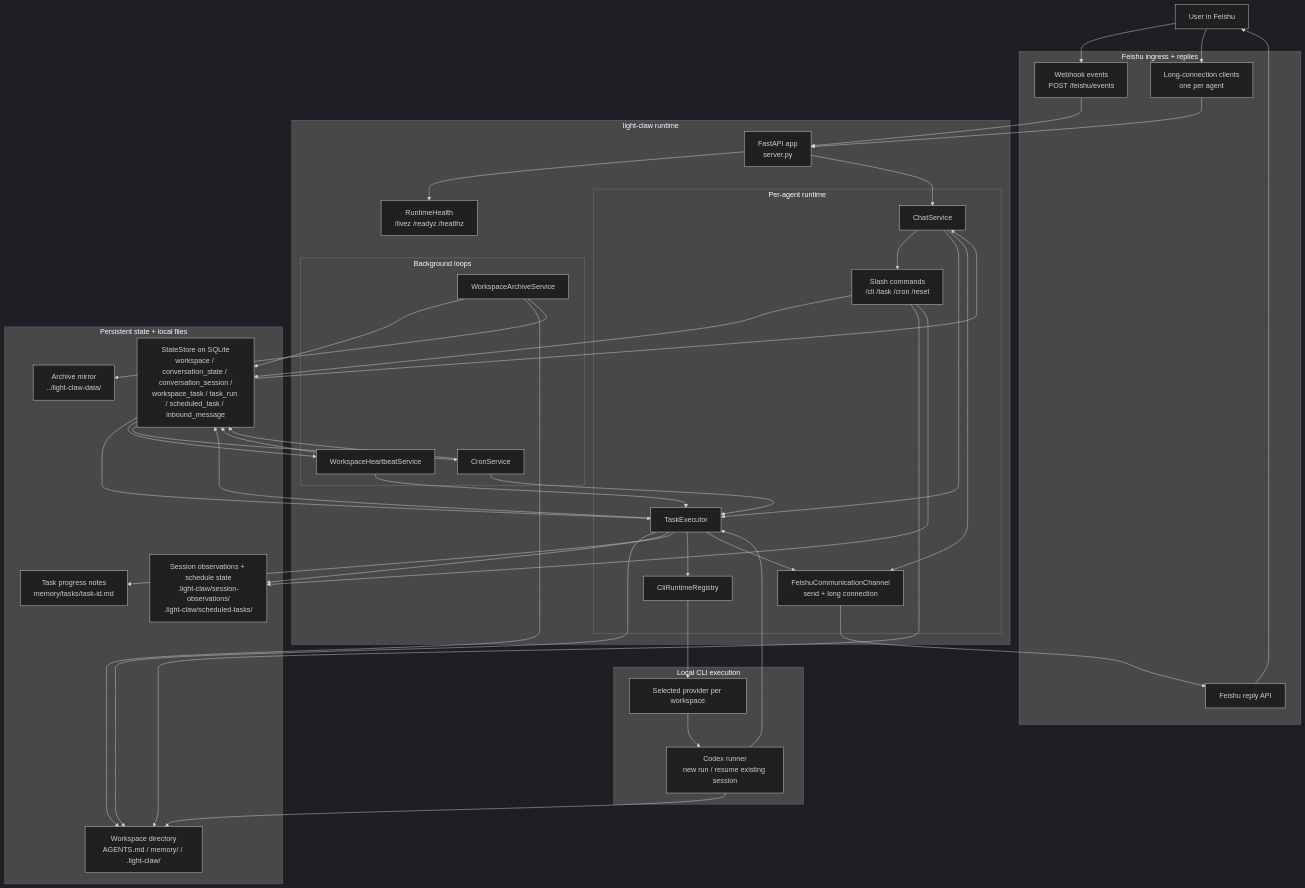
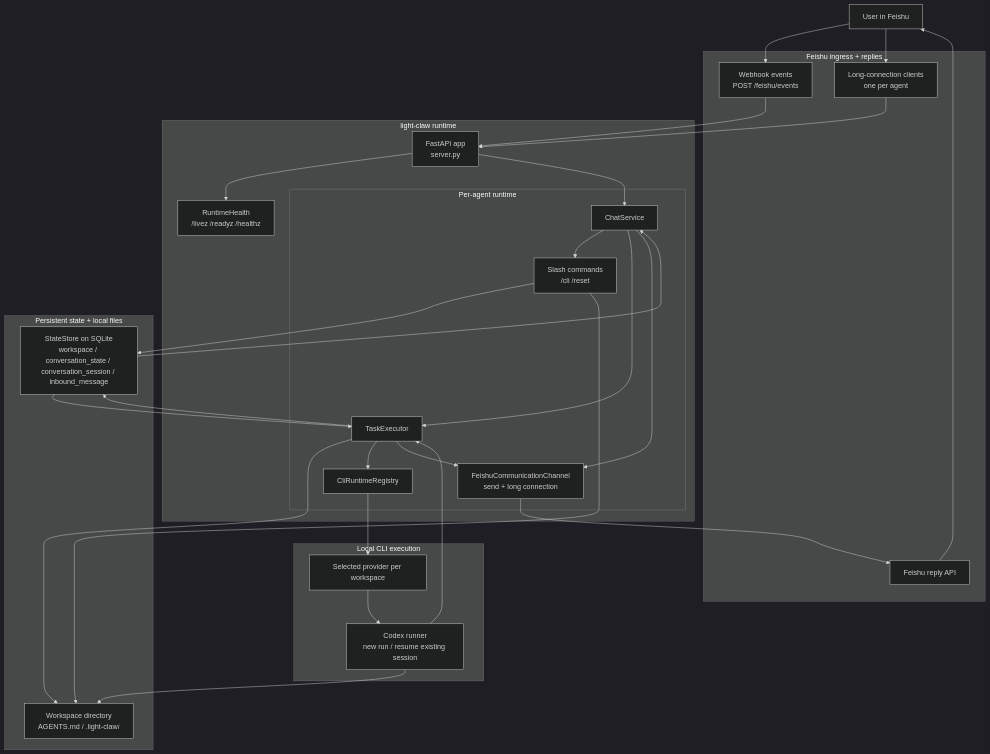
One commit to Skywuuuu/light-claw changed the diagram in README.md. Above: the diagram before and after it, drawn with Mermaid (dark theme). The commit also changed other lines of this file and 3 other files, not shown here.

````diff
--- a/README.md
+++ b/README.md
@@ -57,25 +47,16 @@
 
     subgraph agent_runtime[Per-agent runtime]
       chat[ChatService]
-      commands[Slash commands\n/cli /task /cron /reset]
+      commands[Slash commands\n/cli /reset]
       taskexec[TaskExecutor]
       registry[CliRuntimeRegistry]
       channel[FeishuCommunicationChannel\nsend + long connection]
     end
-
-    subgraph background[Background loops]
-      heartbeat[WorkspaceHeartbeatService]
-      cron[CronService]
-      archive[WorkspaceArchiveService]
-    end
   end
 
   subgraph state[Persistent state + local files]
-    store[StateStore on SQLite\nworkspace / conversation_state / conversation_session /\nworkspace_task / task_run / scheduled_task / inbound_message]
-    workspace_dir[Workspace directory\nAGENTS.md / memory/ / .light-claw/]
-    observations[Session observations + schedule state\n.light-claw/session-observations/\n.light-claw/scheduled-tasks/]
-    progress[Task progress notes\nmemory/tasks/task-id.md]
-    archive_dir[Archive mirror\n../light-claw-data/]
+    store[StateStore on SQLite\nworkspace / conversation_state / conversation_session / inbound_message]
+    workspace_dir[Workspace directory\nAGENTS.md / .light-claw/]
   end
 
   subgraph cli[Local CLI execution]
@@ -98,20 +79,9 @@
 
   commands --> store
   commands --> workspace_dir
-  commands --> observations
-
-  heartbeat --> store
-  heartbeat --> taskexec
-  cron --> store
-  cron --> taskexec
-  archive --> store
-  archive --> workspace_dir
-  archive --> archive_dir
 
   taskexec --> store
   taskexec --> workspace_dir
-  taskexec --> observations
-  taskexec --> progress
   taskexec --> registry
   taskexec --> channel
 
@@ -122,6 +92,4 @@
 
   store --> chat
   store --> taskexec
-  store --> heartbeat
-  store --> cron
 ```
````
